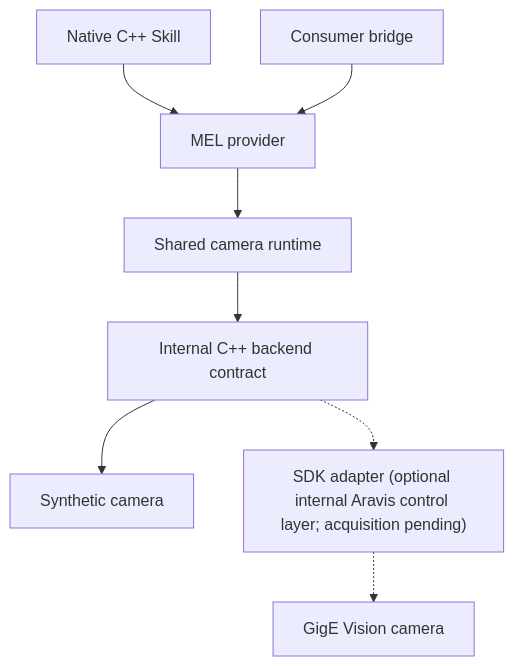
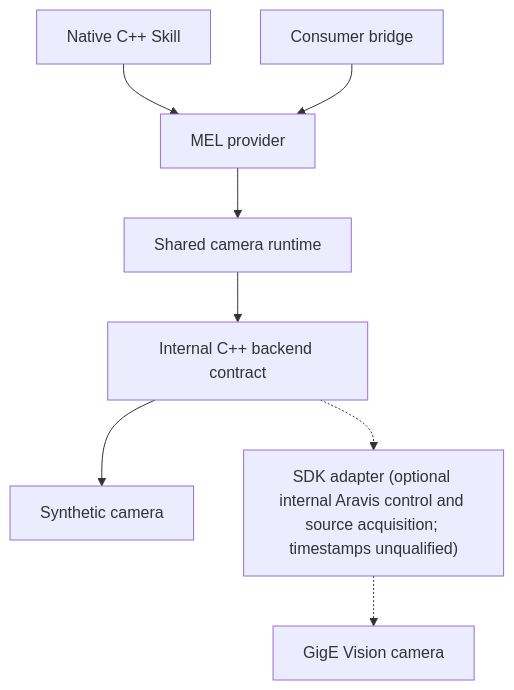
The first of 2 diagrams in docs/architecture.md (zackboll/ams-gra-gige-mel-provider), drawn with Mermaid before and after one commit. The commit also changed other lines of this file and 18 other files, not shown here.

First line of the commit message:
feat(aravis): GIGE-MEL-009 bounded Mono8 source acquisition and direct capture

````diff
--- a/docs/architecture.md
+++ b/docs/architecture.md
@@ -17,10 +17,10 @@
 ```mermaid
 flowchart TD
     Native["Native C++ Skill"] --> MEL["MEL provider"]
     Bridge["Consumer bridge"] --> MEL
     MEL --> Runtime["Shared camera runtime"]
     Runtime --> Contract["Internal C++ backend contract"]
     Contract --> Synthetic["Synthetic camera"]
-    Contract -.-> SDK["SDK adapter (optional internal Aravis control layer; acquisition pending)"]
+    Contract -.-> SDK["SDK adapter (optional internal Aravis control and source acquisition; timestamps unqualified)"]
     SDK -.-> Camera["GigE Vision camera"]
 ```
````
